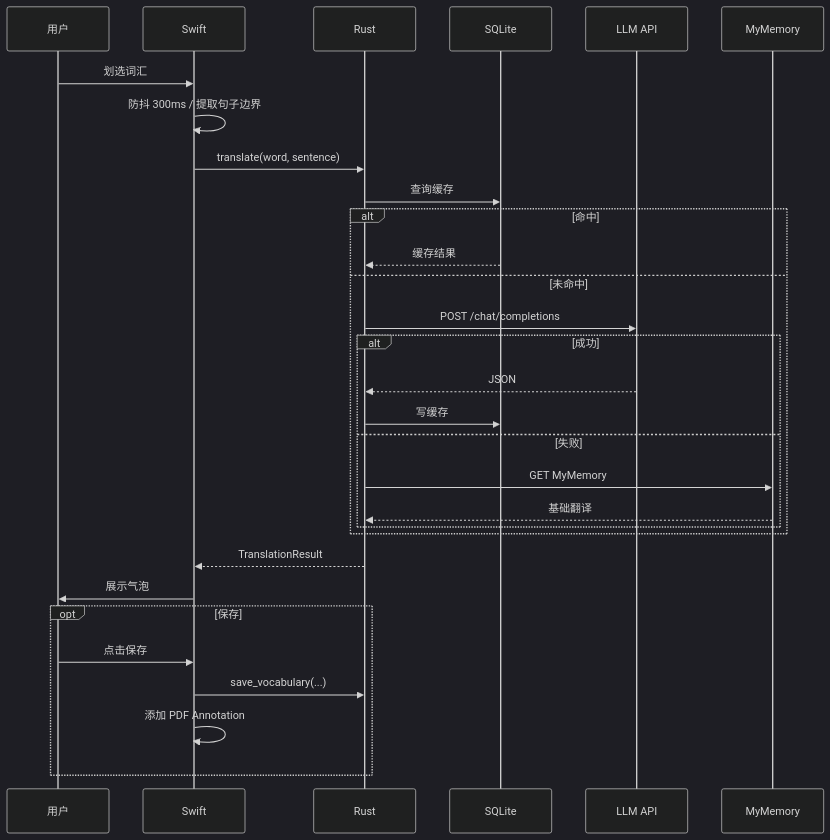
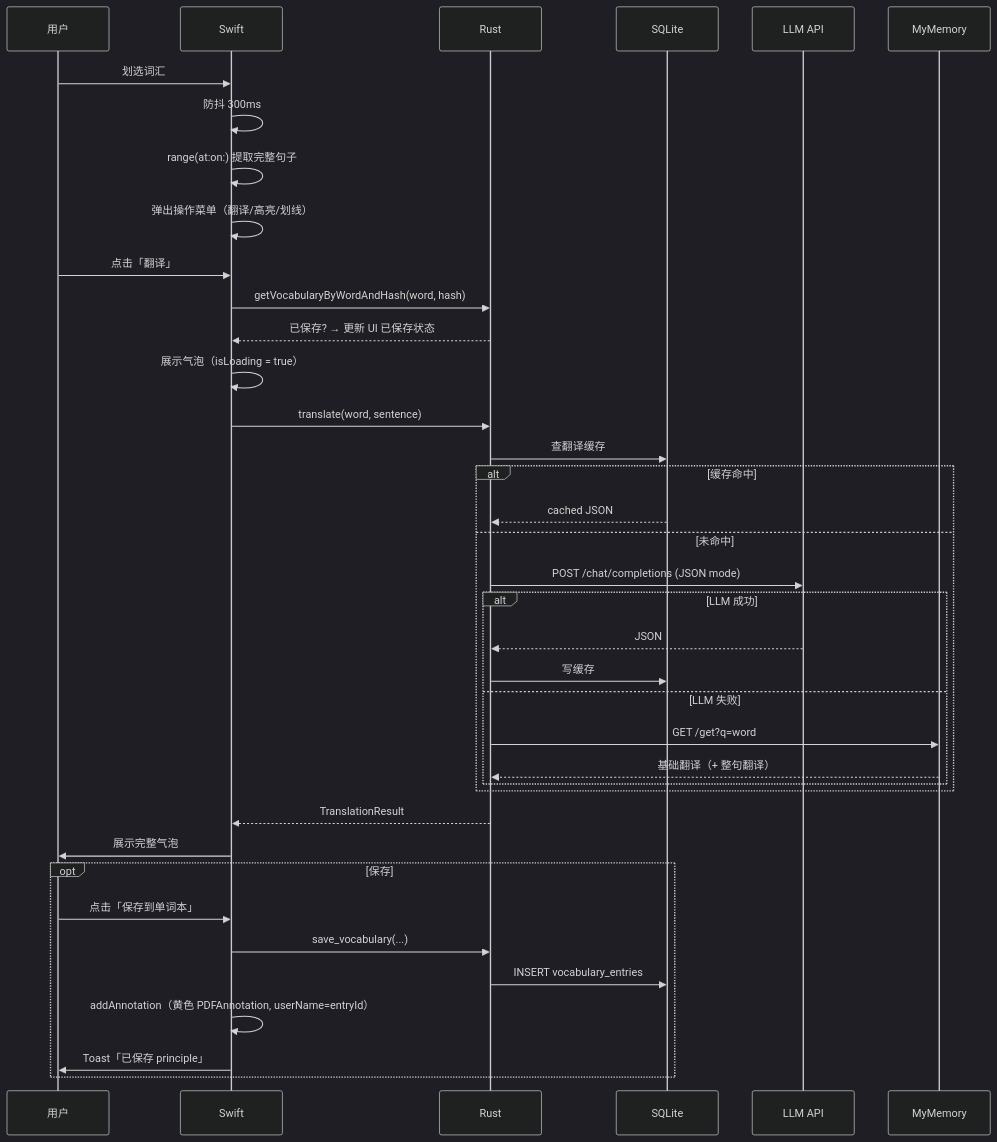
One commit to hedon954/lumen-pdf changed the diagram in docs/tdd/tdd-2026-03-22.md. Above: the diagram before and after it, drawn with Mermaid (dark theme). The commit also changed other lines of this file and 6 other files, not shown here.

````diff
--- a/docs/tdd/tdd-2026-03-22.md
+++ b/docs/tdd/tdd-2026-03-22.md
@@ -169,33 +278,43 @@
 ```mermaid
 sequenceDiagram
     participant U as 用户
     participant S as Swift
     participant R as Rust
     participant DB as SQLite
     participant LLM as LLM API
     participant FB as MyMemory
 
     U->>S: 划选词汇
-    S->>S: 防抖 300ms / 提取句子边界
+    S->>S: 防抖 300ms
+    S->>S: range(at:on:) 提取完整句子
+    S->>S: 弹出操作菜单（翻译/高亮/划线）
+
+    U->>S: 点击「翻译」
+    S->>R: getVocabularyByWordAndHash(word, hash)
+    R-->>S: 已保存? → 更新 UI 已保存状态
+    S->>S: 展示气泡（isLoading = true）
     S->>R: translate(word, sentence)
-    R->>DB: 查询缓存
-    alt 命中
-        DB-->>R: 缓存结果
+    R->>DB: 查翻译缓存
+    alt 缓存命中
+        DB-->>R: cached JSON
     else 未命中
-        R->>LLM: POST /chat/completions
-        alt 成功
+        R->>LLM: POST /chat/completions (JSON mode)
+        alt LLM 成功
             LLM-->>R: JSON
             R->>DB: 写缓存
-        else 失败
-            R->>FB: GET MyMemory
-            FB-->>R: 基础翻译
+        else LLM 失败
+            R->>FB: GET /get?q=word
+            FB-->>R: 基础翻译（+ 整句翻译）
         end
     end
     R-->>S: TranslationResult
-    S->>U: 展示气泡
+    S->>U: 展示完整气泡
+
     opt 保存
-        U->>S: 点击保存
+        U->>S: 点击「保存到单词本」
         S->>R: save_vocabulary(...)
-        S->>S: 添加 PDF Annotation
+        R->>DB: INSERT vocabulary_entries
+        S->>S: addAnnotation（黄色 PDFAnnotation, userName=entryId）
+        S->>U: Toast「已保存 principle」
     end
 ```
````
